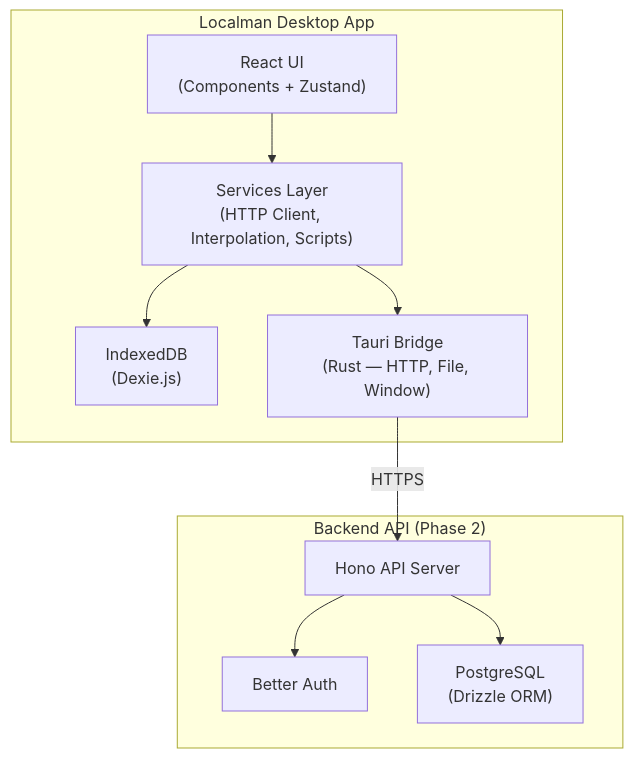
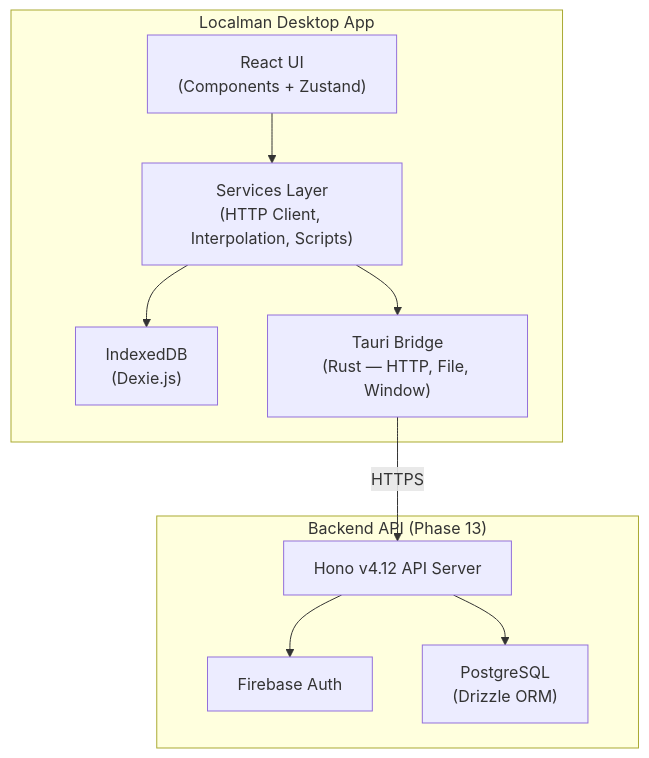
The first of 8 diagrams in docs/workflow-guide.md (achoo254/localman), drawn with Mermaid before and after one commit. The commit also changed other lines of this file and 12 other files, not shown here.

````diff
--- a/docs/workflow-guide.md
+++ b/docs/workflow-guide.md
@@ -7,22 +7,22 @@
 ```mermaid
 graph TB
     subgraph Desktop["Localman Desktop App"]
         UI["React UI<br/>(Components + Zustand)"]
         Services["Services Layer<br/>(HTTP Client, Interpolation, Scripts)"]
         DB["IndexedDB<br/>(Dexie.js)"]
         Tauri["Tauri Bridge<br/>(Rust — HTTP, File, Window)"]
     end
 
-    subgraph Backend["Backend API (Phase 2)"]
-        API["Hono API Server"]
-        Auth["Better Auth"]
+    subgraph Backend["Backend API (Phase 13)"]
+        API["Hono v4.12 API Server"]
+        Auth["Firebase Auth"]
         PG["PostgreSQL<br/>(Drizzle ORM)"]
     end
 
     UI --> Services
     Services --> DB
     Services --> Tauri
     Tauri -->|"HTTPS"| API
     API --> Auth
     API --> PG
 ```
````
